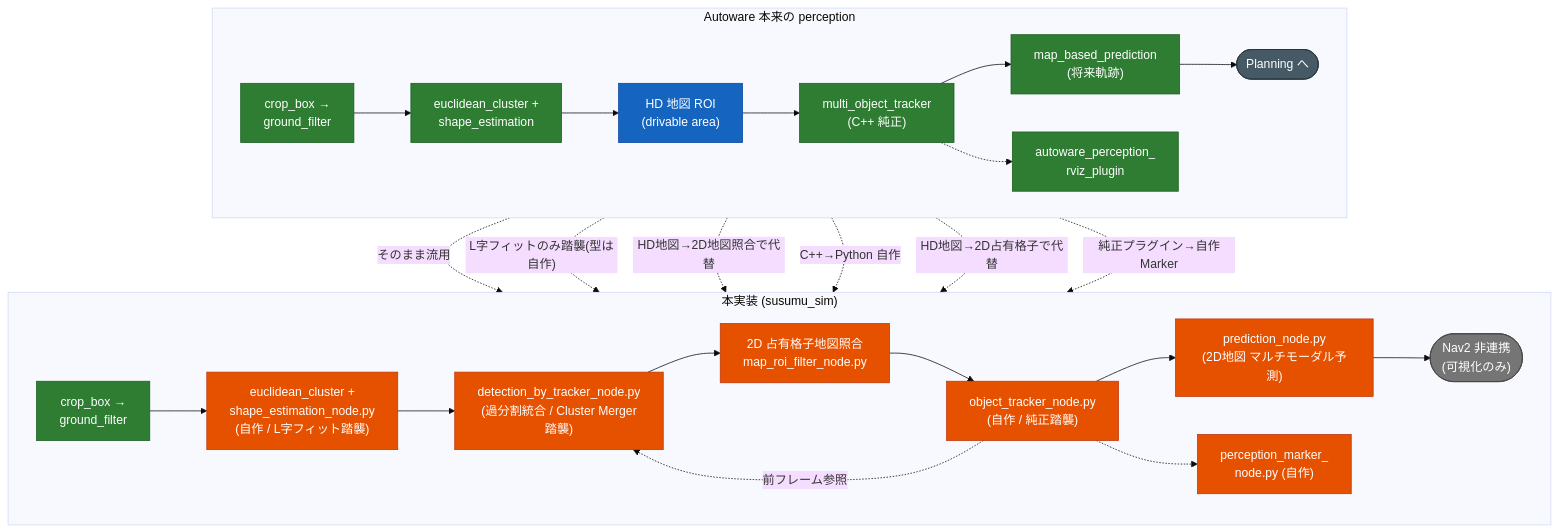
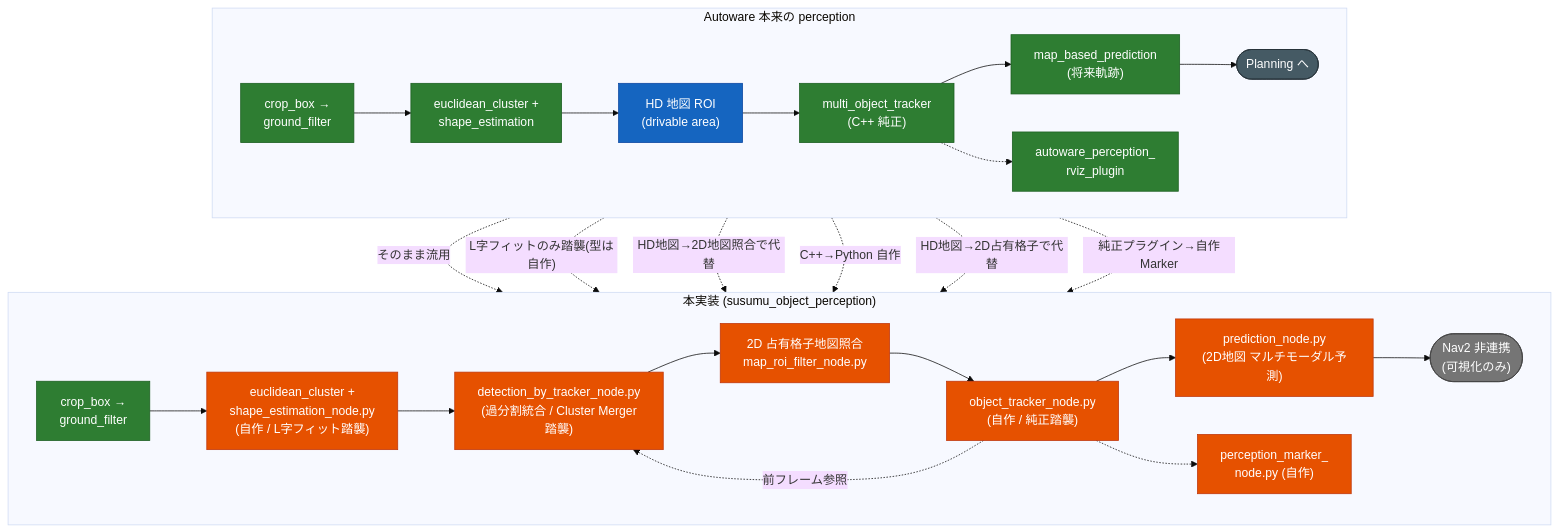
Before and after one commit to sato-susumu/susumu_object_perception: the sixth of 6 diagrams in docs/software_design.md, drawn with Mermaid (base theme). The commit also changed other lines of this file and 27 other files, not shown here.

First line of the commit message:
パッケージを susumu_sim から susumu_object_perception へリネーム

````diff
--- a/docs/software_design.md
+++ b/docs/software_design.md
@@ -324,43 +324,43 @@
 ```mermaid
 flowchart TB
     subgraph AW["Autoware 本来の perception"]
         direction LR
         A_pre["crop_box →\nground_filter"]:::aw
         A_det["euclidean_cluster +\nshape_estimation"]:::aw
         A_roi["HD 地図 ROI\n(drivable area)"]:::hd
         A_trk["multi_object_tracker\n(C++ 純正)"]:::aw
         A_pred["map_based_prediction\n(将来軌跡)"]:::aw
         A_viz["autoware_perception_\nrviz_plugin"]:::aw
         A_out(["Planning へ"]):::ext
         A_pre --> A_det --> A_roi --> A_trk --> A_pred --> A_out
         A_trk -.-> A_viz
     end
 
-    subgraph SS["本実装 (susumu_sim)"]
+    subgraph SS["本実装 (susumu_object_perception)"]
         direction LR
         S_pre["crop_box →\nground_filter"]:::aw
         S_det["euclidean_cluster +\nshape_estimation_node.py\n(自作 / L字フィット踏襲)"]:::own
         S_dbt["detection_by_tracker_node.py\n(過分割統合 / Cluster Merger踏襲)"]:::own
         S_roi["2D 占有格子地図照合\nmap_roi_filter_node.py"]:::own
         S_trk["object_tracker_node.py\n(自作 / 純正踏襲)"]:::own
         S_pred["prediction_node.py\n(2D地図 マルチモーダル予測)"]:::own
         S_viz["perception_marker_\nnode.py (自作)"]:::own
         S_out(["Nav2 非連携\n(可視化のみ)"]):::skip
         S_pre --> S_det --> S_dbt --> S_roi --> S_trk --> S_pred --> S_out
         S_trk -.->|前フレーム参照| S_dbt
         S_trk -.-> S_viz
     end
 
     A_pre -. "そのまま流用" .-> S_pre
     A_det -. "L字フィットのみ踏襲(型は自作)" .-> S_det
     A_roi -. "HD地図→2D地図照合で代替" .-> S_roi
     A_trk -. "C++→Python 自作" .-> S_trk
     A_pred -. "HD地図→2D占有格子で代替" .-> S_pred
     A_viz -. "純正プラグイン→自作Marker" .-> S_viz
 
     classDef aw fill:#2e7d32,stroke:#1b5e20,color:#fff;
     classDef own fill:#e65100,stroke:#bf360c,color:#fff;
     classDef hd fill:#1565c0,stroke:#0d47a1,color:#fff;
     classDef skip fill:#757575,stroke:#424242,color:#fff;
     classDef ext fill:#455a64,stroke:#263238,color:#fff;
 ```
````
